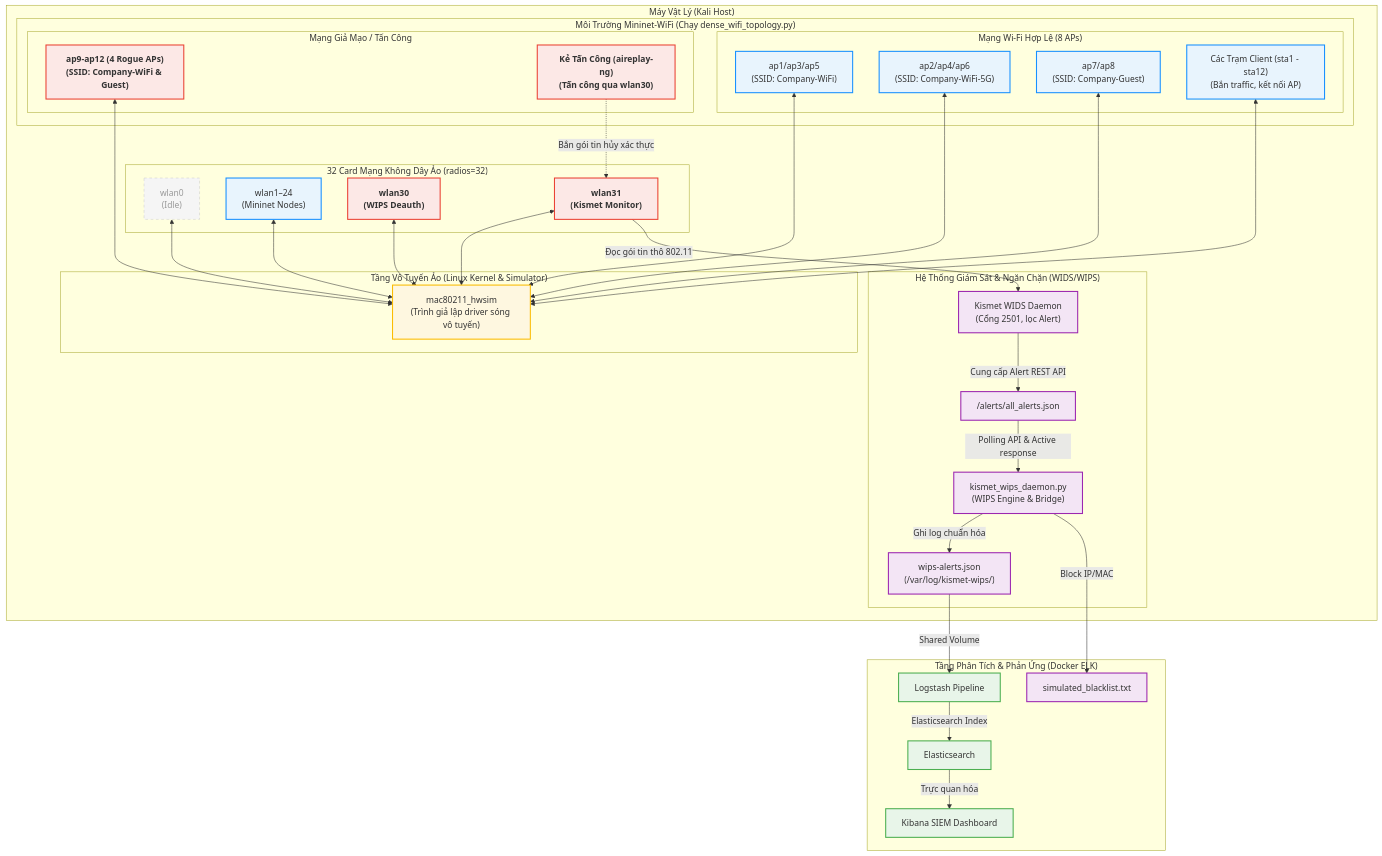
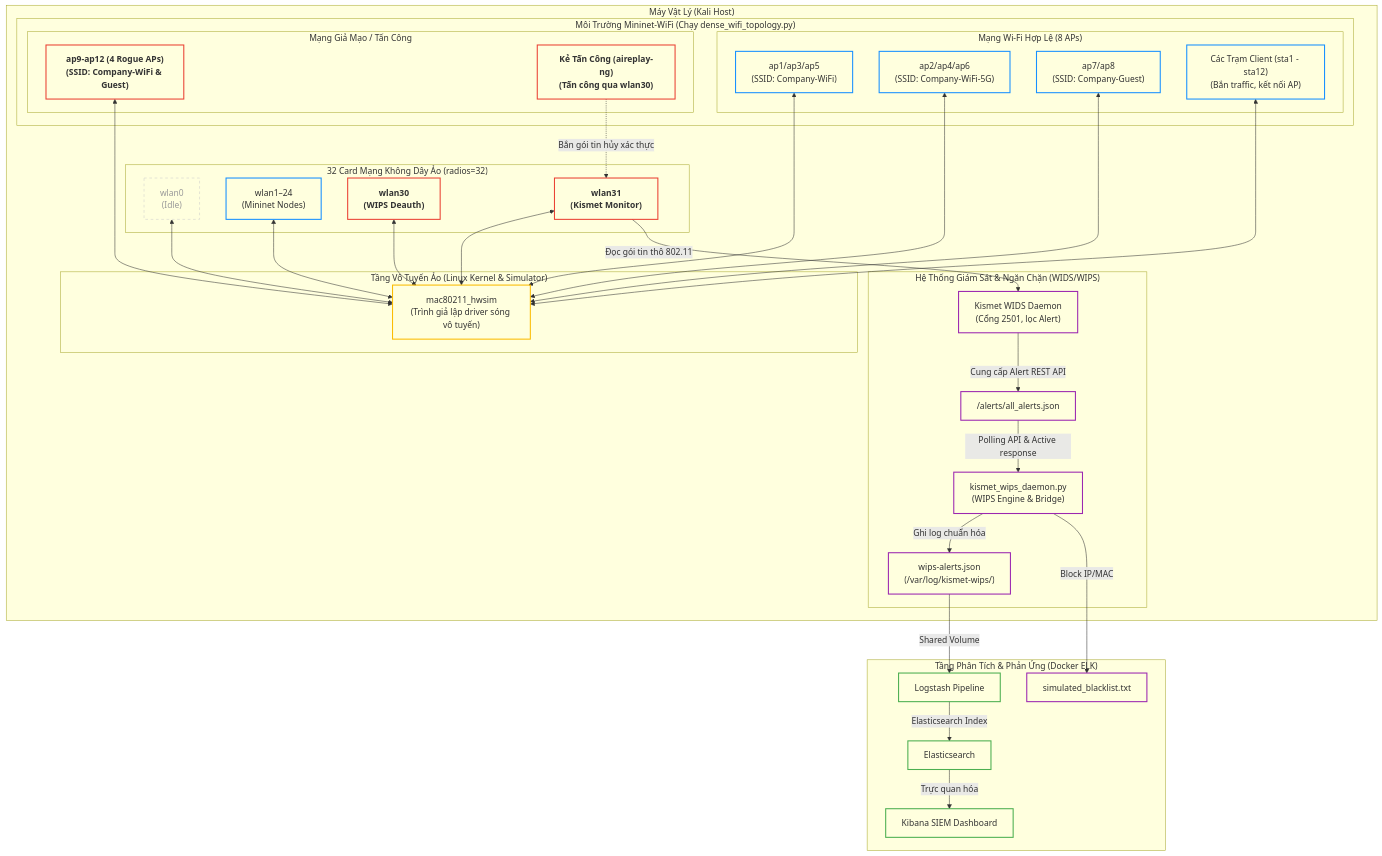
One commit to ph4n10m1808/wireless-mobile-network-security-project changed the diagram in kismet_wids_integration_guide.md. Above: the diagram before and after it, drawn with Mermaid. The commit also changed 9 other files, not shown here.

````diff
--- a/kismet_wids_integration_guide.md
+++ b/kismet_wids_integration_guide.md
@@ -28,65 +28,65 @@
 ```mermaid
 graph TD
     %% Styling
-    classDef idle fill:#f5f5f5,stroke:#ccc,stroke-dasharray: 5 5,color:#999;
-    classDef active fill:#e8f4fd,stroke:#1890ff,stroke-width:2px;
-    classDef monitor fill:#fce8e6,stroke:#ea4335,stroke-width:2px,font-weight:bold;
-    classDef core fill:#fef7e0,stroke:#fbbc04,stroke-width:2px;
-    classDef wids fill:#f3e5f5,stroke:#9c27b0,stroke-width:2px;
-    classDef siem fill:#e8f5e9,stroke:#4caf50,stroke-width:2px;
+    classDef idle fill:none,stroke:#ccc,stroke-dasharray: 5 5,color:#999;
+    classDef active fill:none,stroke:#1890ff,stroke-width:2px;
+    classDef monitor fill:none,stroke:#ea4335,stroke-width:2px,font-weight:bold;
+    classDef core fill:none,stroke:#fbbc04,stroke-width:2px;
+    classDef wids fill:none,stroke:#9c27b0,stroke-width:2px;
+    classDef siem fill:none,stroke:#4caf50,stroke-width:2px;
 
     subgraph Host ["Máy Vật Lý (Kali Host)"]
         subgraph Driver ["Tầng Vô Tuyến Ảo (Linux Kernel & Simulator)"]
             HWSIM["mac80211_hwsim<br>(Trình giả lập driver sóng vô tuyến)"]:::core
         end
 
         subgraph Radios ["32 Card Mạng Không Dây Ảo (radios=32)"]
             w0["wlan0<br>(Idle)"]:::idle
             w1["wlan1–24<br>(Mininet Nodes)"]:::active
             w30["wlan30<br>(WIPS Deauth)"]:::monitor
             w31["wlan31<br>(Kismet Monitor)"]:::monitor
         end
 
         %% Connections to Virtual Air
         w0 <--> HWSIM
         w1 <--> HWSIM
         w30 <--> HWSIM
         w31 <--> HWSIM
 
         subgraph MN ["Môi Trường Mininet-WiFi (Chạy dense_wifi_topology.py)"]
             subgraph Legit ["Mạng Wi-Fi Hợp Lệ (8 APs)"]
                 ap1["ap1/ap3/ap5<br>(SSID: Company-WiFi)"]:::active
                 ap2["ap2/ap4/ap6<br>(SSID: Company-WiFi-5G)"]:::active
                 ap3["ap7/ap8<br>(SSID: Company-Guest)"]:::active
                 STAs["Các Trạm Client (sta1 - sta12)<br>(Bắn traffic, kết nối AP)"]:::active
             end
 
             subgraph Rogue ["Mạng Giả Mạo / Tấn Công"]
                 rap["ap9-ap12 (4 Rogue APs)<br>(SSID: Company-WiFi & Guest)"]:::monitor
                 atk["Kẻ Tấn Công (aireplay-ng)<br>(Tấn công qua wlan30)"]:::monitor
             end
 
             ap1 <--> HWSIM
             ap2 <--> HWSIM
             ap3 <--> HWSIM
             STAs <--> HWSIM
             rap <--> HWSIM
             atk -.->|Bắn gói tin hủy xác thực| w31
         end
 
         subgraph WIDS ["Hệ Thống Giám Sát & Ngăn Chặn (WIDS/WIPS)"]
             w31 -->|Đọc gói tin thô 802.11| K["Kismet WIDS Daemon<br>(Cổng 2501, lọc Alert)"]:::wids
             K -->|Cung cấp Alert REST API| KA["/alerts/all_alerts.json"]:::wids
             KA -->|Polling API & Active response| AR["kismet_wips_daemon.py<br>(WIPS Engine & Bridge)"]:::wids
             AR -->|Ghi log chuẩn hóa| L["wips-alerts.json<br>(/var/log/kismet-wips/)"]:::wids
         end
     end
 
     subgraph SIEM ["Tầng Phân Tích & Phản Ứng (Docker ELK)"]
         L -->|Shared Volume| LS["Logstash Pipeline"]:::siem
         LS -->|Elasticsearch Index| ES["Elasticsearch"]:::siem
         ES -->|Trực quan hóa| KB["Kibana SIEM Dashboard"]:::siem
         
         AR -->|Block IP/MAC| BL["simulated_blacklist.txt"]:::wids
     end
 ```
````
